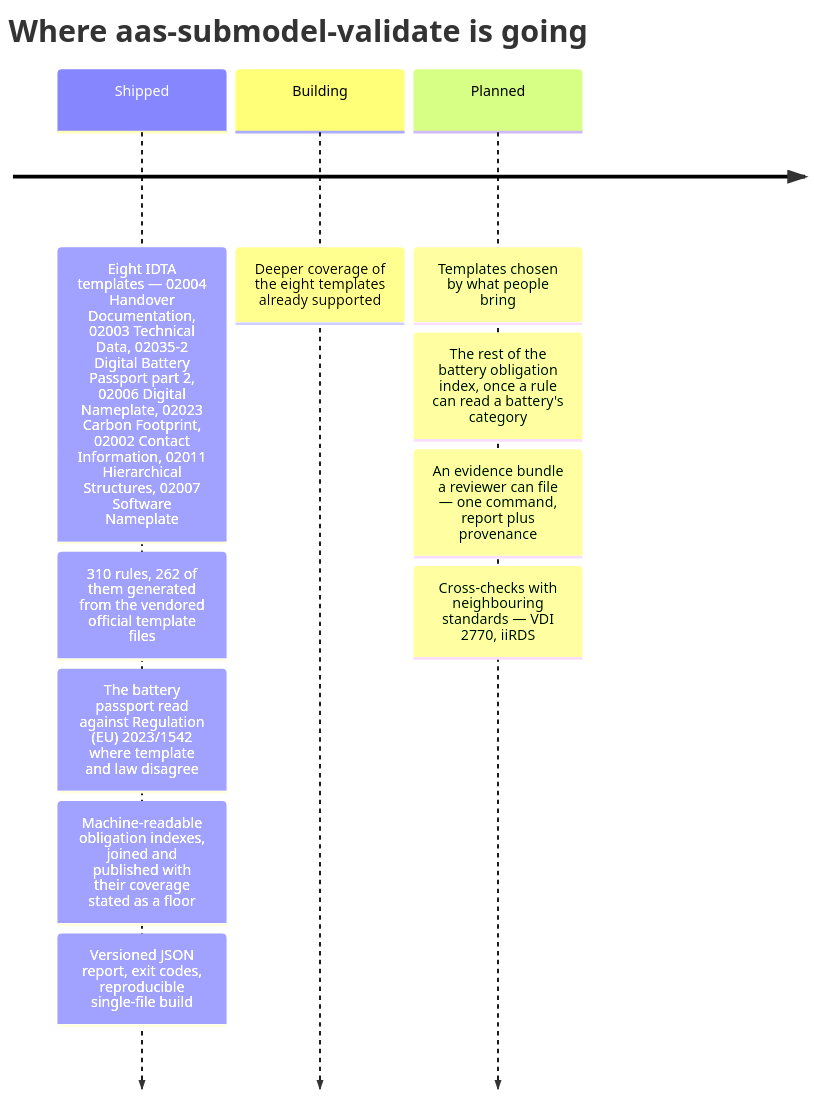
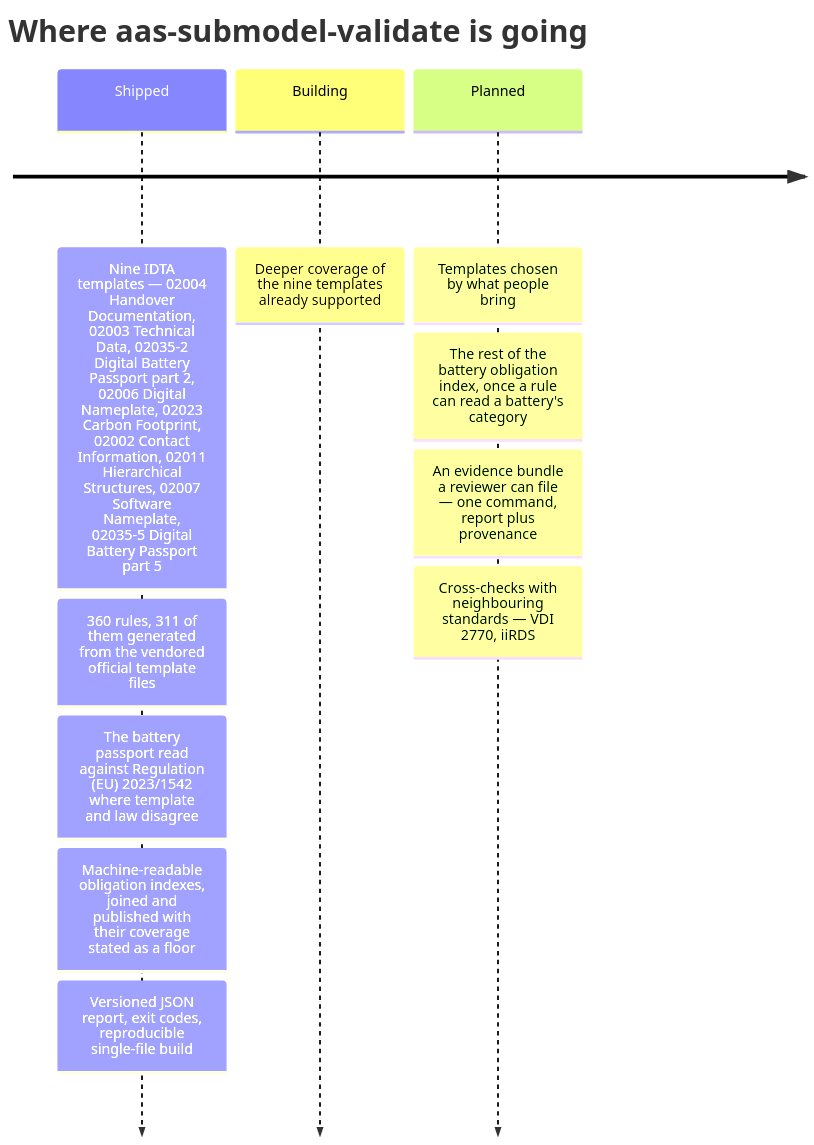
Before and after one commit to dev365code/aas-submodel-validate: the second of 2 diagrams in README.md, drawn with Mermaid. The commit also changed other lines of this file and 36 other files, not shown here.

````diff
--- a/README.md
+++ b/README.md
@@ -278,14 +278,14 @@
 ```mermaid
 timeline
     title Where aas-submodel-validate is going
-    Shipped : Eight IDTA templates — 02004 Handover Documentation, 02003 Technical Data, 02035-2 Digital Battery Passport part 2, 02006 Digital Nameplate, 02023 Carbon Footprint, 02002 Contact Information, 02011 Hierarchical Structures, 02007 Software Nameplate
-            : 310 rules, 262 of them generated from the vendored official template files
+    Shipped : Nine IDTA templates — 02004 Handover Documentation, 02003 Technical Data, 02035-2 Digital Battery Passport part 2, 02006 Digital Nameplate, 02023 Carbon Footprint, 02002 Contact Information, 02011 Hierarchical Structures, 02007 Software Nameplate, 02035-5 Digital Battery Passport part 5
+            : 360 rules, 311 of them generated from the vendored official template files
             : The battery passport read against Regulation (EU) 2023/1542 where template and law disagree
             : Machine-readable obligation indexes, joined and published with their coverage stated as a floor
             : Versioned JSON report, exit codes, reproducible single-file build
-    Building : Deeper coverage of the eight templates already supported
+    Building : Deeper coverage of the nine templates already supported
     Planned : Templates chosen by what people bring
             : The rest of the battery obligation index, once a rule can read a battery's category
             : An evidence bundle a reviewer can file — one command, report plus provenance
             : Cross-checks with neighbouring standards — VDI 2770, iiRDS
 ```
````
